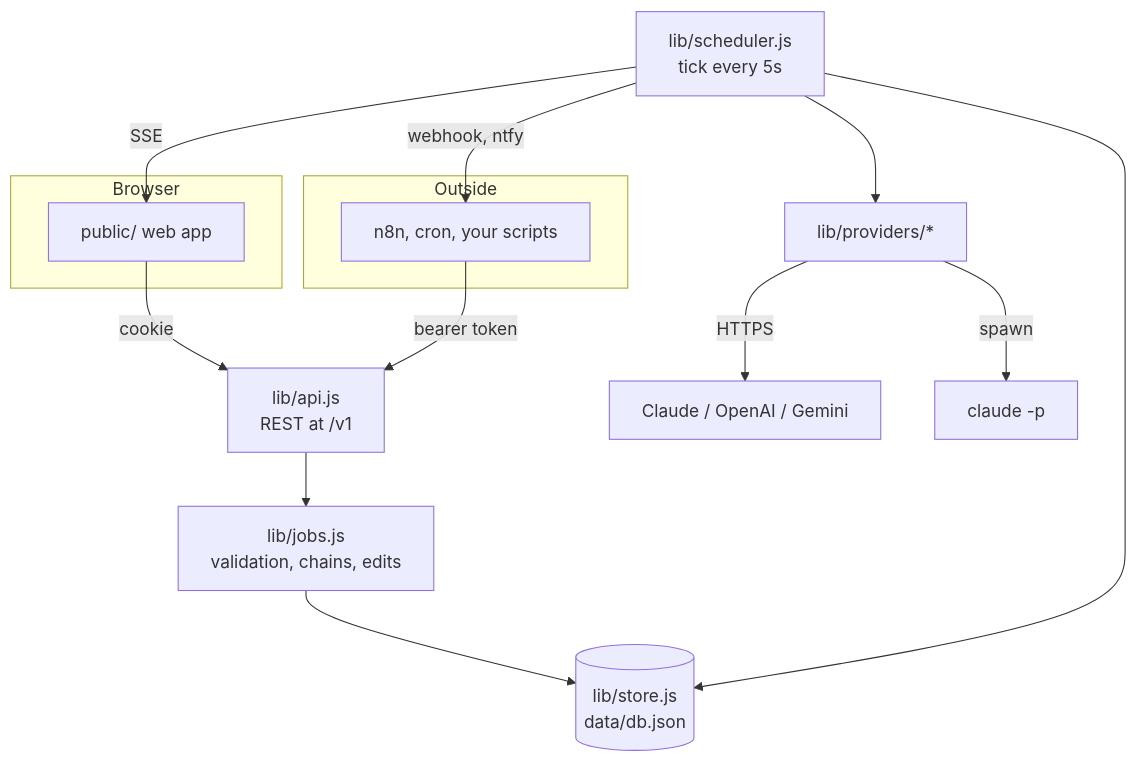
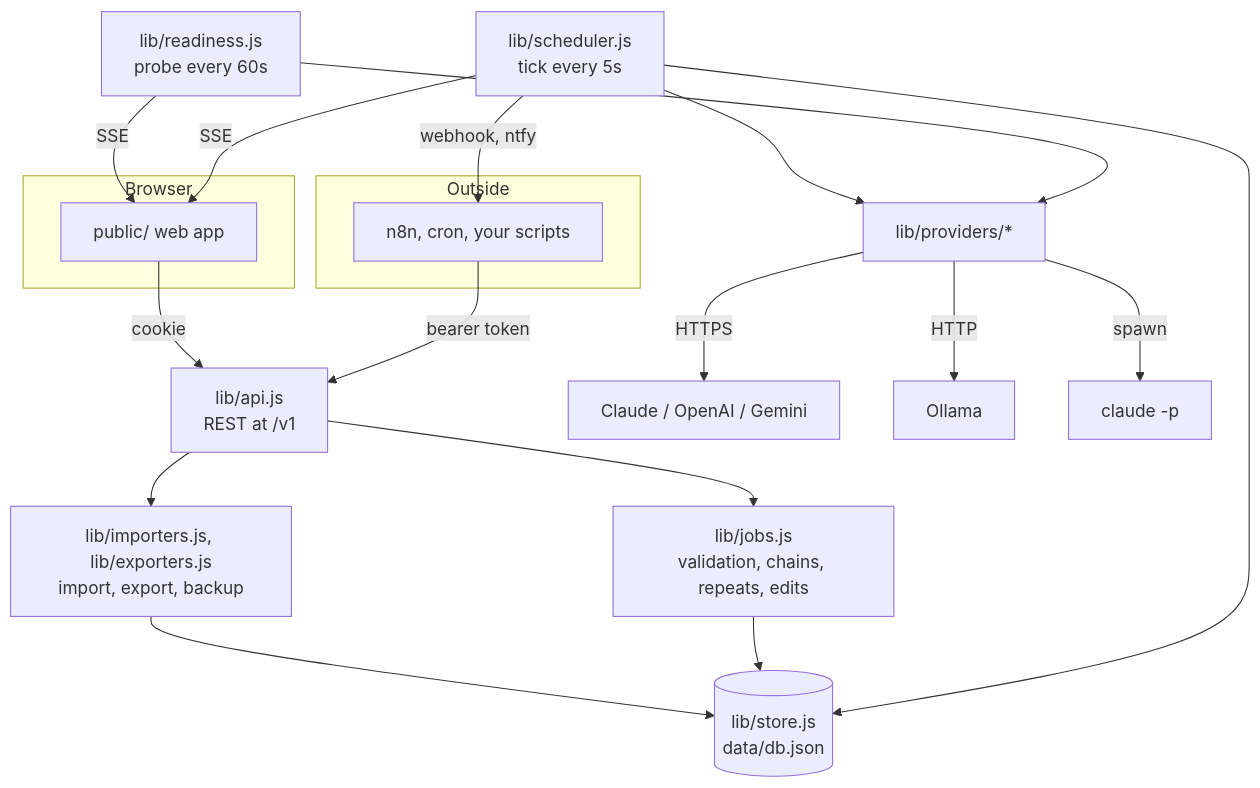
Before and after one commit to WhereIsXuezugi/NightShift: the first of 2 diagrams in docs/architecture.md, drawn with Mermaid. The commit also changed other lines of this file and 36 other files, not shown here.

````diff
--- a/docs/architecture.md
+++ b/docs/architecture.md
@@ -5,19 +5,24 @@
 ```mermaid
 flowchart TB
   subgraph Browser
     UI[public/ web app]
   end
   subgraph Outside
     CLI[n8n, cron, your scripts]
   end
   UI -->|cookie| API
   CLI -->|bearer token| API
-  API[lib/api.js<br/>REST at /v1] --> JOBS[lib/jobs.js<br/>validation, chains, edits]
+  API[lib/api.js<br/>REST at /v1] --> JOBS[lib/jobs.js<br/>validation, chains, repeats, edits]
+  API --> IO[lib/importers.js, lib/exporters.js<br/>import, export, backup]
+  IO --> STORE
   JOBS --> STORE[(lib/store.js<br/>data/db.json)]
   SCHED[lib/scheduler.js<br/>tick every 5s] --> STORE
   SCHED --> PROV[lib/providers/*]
   PROV -->|HTTPS| EXT[Claude / OpenAI / Gemini]
+  PROV -->|HTTP| OLL[Ollama]
+  READY[lib/readiness.js<br/>probe every 60s] --> PROV
+  READY -->|SSE| UI
   PROV -->|spawn| CC[claude -p]
   SCHED -->|SSE| UI
   SCHED -->|webhook, ntfy| CLI
 ```
````
